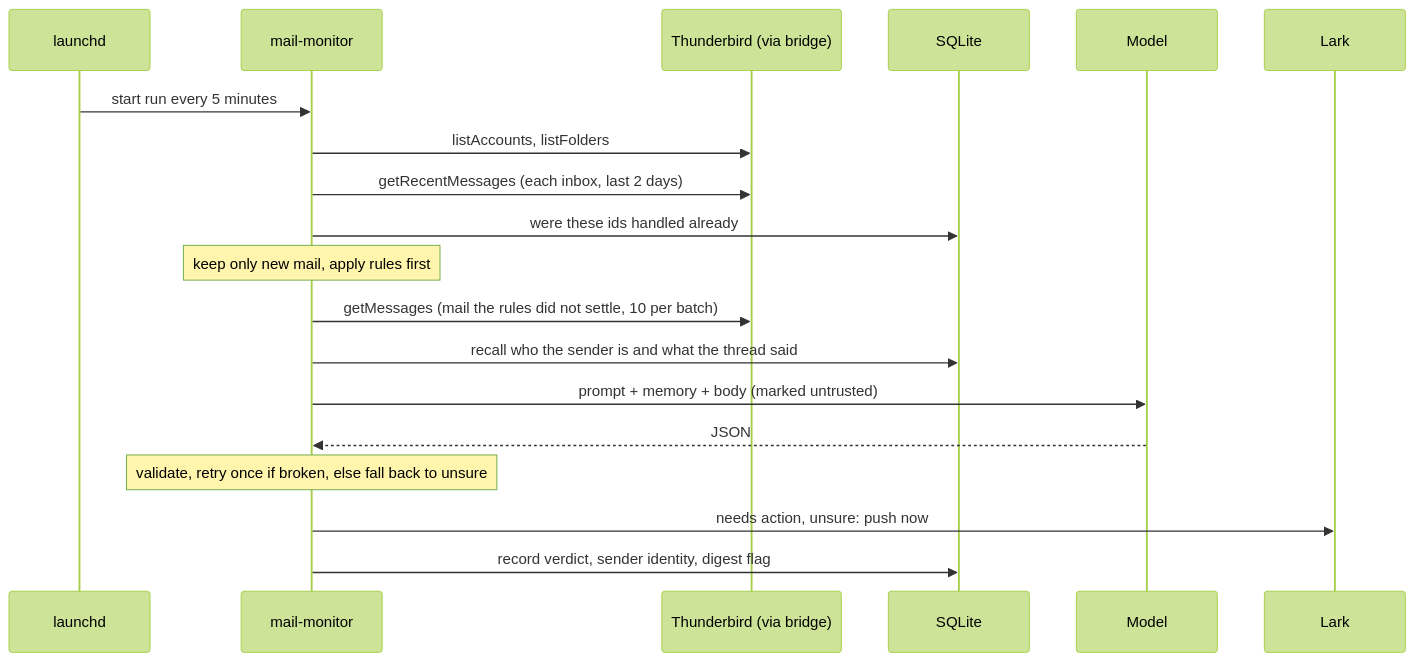
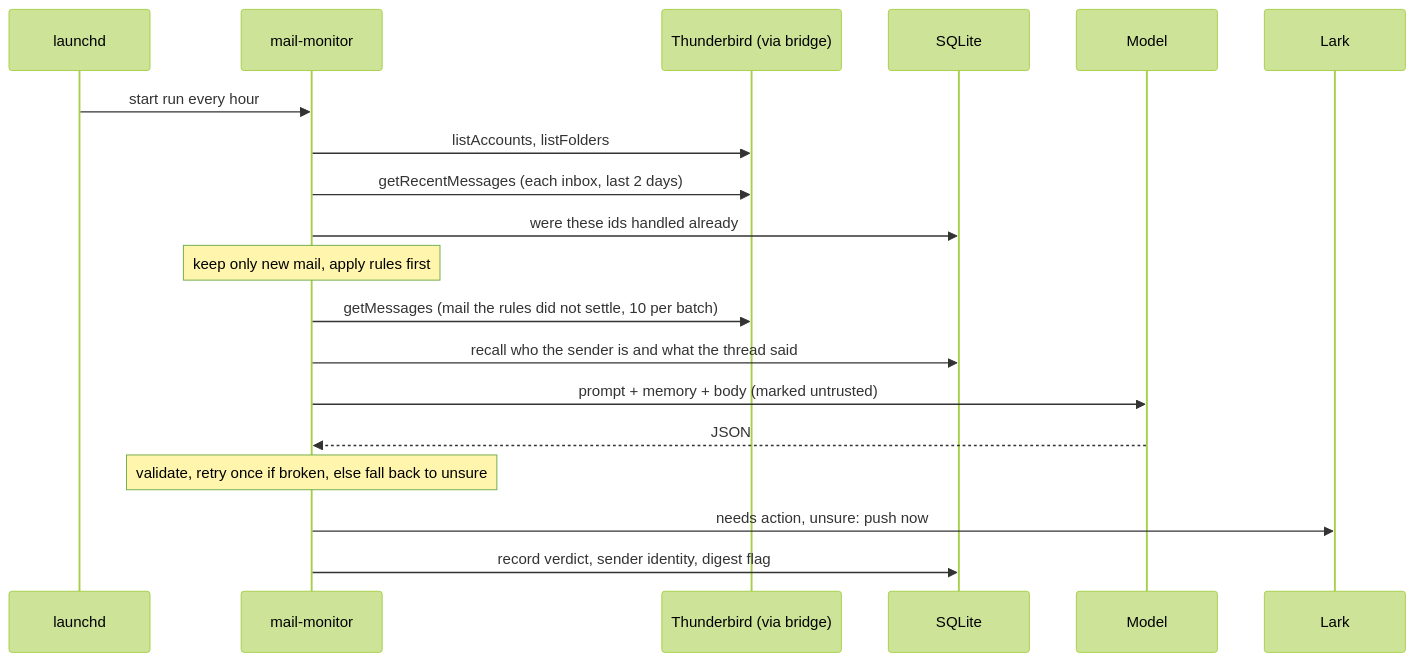
Before and after one commit to yuhang2551/thunderbird-mail-agent: the second of 3 diagrams in monitor/docs/architecture_EN.md, drawn with Mermaid (forest theme). The commit also changed other lines of this file and 12 other files, not shown here.

````diff
--- a/monitor/docs/architecture_EN.md
+++ b/monitor/docs/architecture_EN.md
@@ -47,21 +47,21 @@
 ```mermaid
 sequenceDiagram
     participant L as launchd
     participant M as mail-monitor
     participant T as Thunderbird (via bridge)
     participant D as SQLite
     participant A as Model
     participant K as Lark
-    L->>M: start run every 5 minutes
+    L->>M: start run every hour
     M->>T: listAccounts, listFolders
     M->>T: getRecentMessages (each inbox, last 2 days)
     M->>D: were these ids handled already
     Note over M: keep only new mail, apply rules first
     M->>T: getMessages (mail the rules did not settle, 10 per batch)
     M->>D: recall who the sender is and what the thread said
     M->>A: prompt + memory + body (marked untrusted)
     A-->>M: JSON
     Note over M: validate, retry once if broken, else fall back to unsure
     M->>K: needs action, unsure: push now
     M->>D: record verdict, sender identity, digest flag
 ```
````
